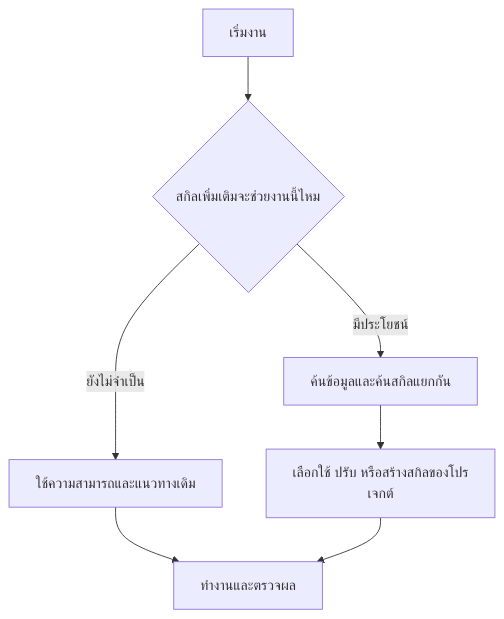
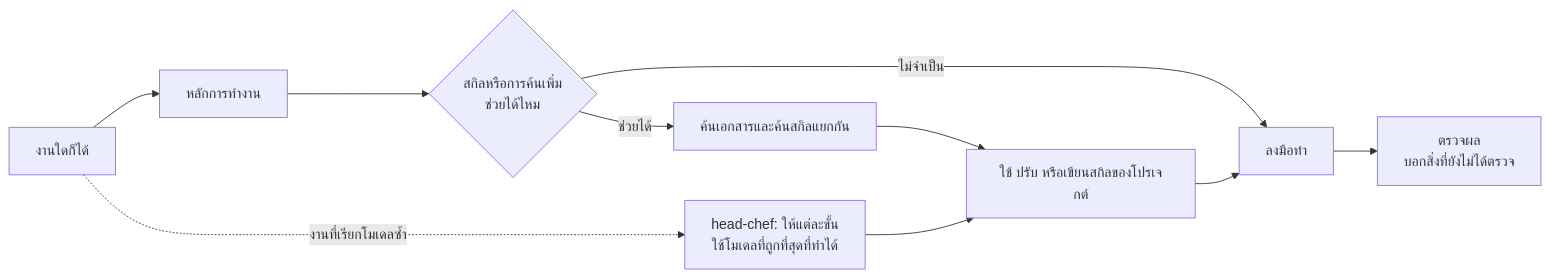
Before and after one commit to thefogusz/OneForAll: the diagram in README.th.md, drawn with Mermaid. The commit also changed other lines of this file and 5 other files, not shown here.

````diff
--- a/README.th.md
+++ b/README.th.md
@@ -55,9 +56,12 @@
 ```mermaid
-flowchart TD
-    A[เริ่มงาน] --> B{สกิลเพิ่มเติมจะช่วยงานนี้ไหม}
-    B -- ยังไม่จำเป็น --> C[ใช้ความสามารถและแนวทางเดิม]
-    B -- มีประโยชน์ --> D[ค้นข้อมูลและค้นสกิลแยกกัน]
-    D --> E[เลือกใช้ ปรับ หรือสร้างสกิลของโปรเจกต์]
-    C --> F[ทำงานและตรวจผล]
-    E --> F
+flowchart LR
+    T[งานใดก็ได้] --> P[หลักการทำงาน]
+    P --> Q{สกิลหรือการค้นเพิ่ม<br/>ช่วยได้ไหม}
+    Q -- ไม่จำเป็น --> W[ลงมือทำ]
+    Q -- ช่วยได้ --> R[ค้นเอกสารและค้นสกิลแยกกัน]
+    R --> S[ใช้ ปรับ หรือเขียนสกิลของโปรเจกต์]
+    S --> W
+    T -. งานที่เรียกโมเดลซ้ำ .-> H[head-chef: ให้แต่ละขั้น<br/>ใช้โมเดลที่ถูกที่สุดที่ทำได้]
+    H --> S
+    W --> C[ตรวจผล<br/>บอกสิ่งที่ยังไม่ได้ตรวจ]
 ```
````
